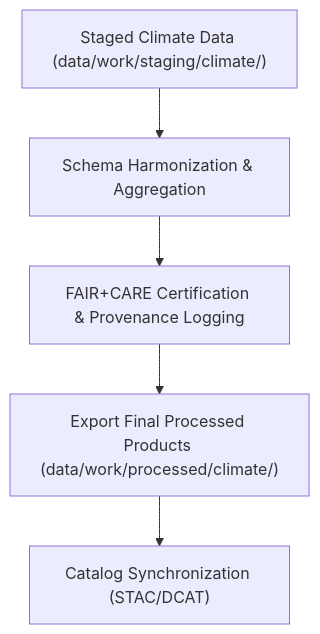
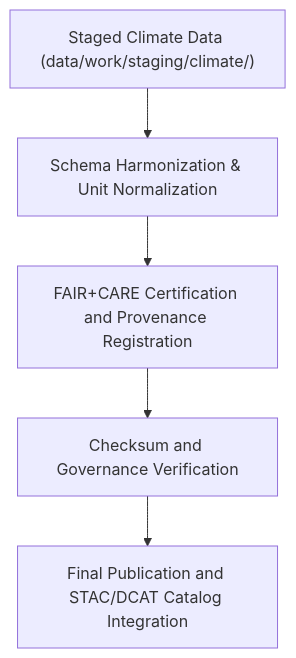
One commit to bartytime4life/Kansas-Frontier-Matrix changed the diagram in data/work/processed/climate/README.md. Above: the diagram before and after it, drawn with Mermaid. The commit also changed other lines of this file, not shown here.

````diff
--- a/data/work/processed/climate/README.md
+++ b/data/work/processed/climate/README.md
@@ -67,7 +64,7 @@
 ```mermaid
 flowchart TD
-    A["Staged Climate Data (data/work/staging/climate/)"] --> B["Schema Harmonization & Aggregation"]
-    B --> C["FAIR+CARE Certification & Provenance Logging"]
-    C --> D["Export Final Processed Products (data/work/processed/climate/)"]
-    D --> E["Catalog Synchronization (STAC/DCAT)"]
+    A["Staged Climate Data (data/work/staging/climate/)"] --> B["Schema Harmonization & Unit Normalization"]
+    B --> C["FAIR+CARE Certification and Provenance Registration"]
+    C --> D["Checksum and Governance Verification"]
+    D --> E["Final Publication and STAC/DCAT Catalog Integration"]
 ```
````
